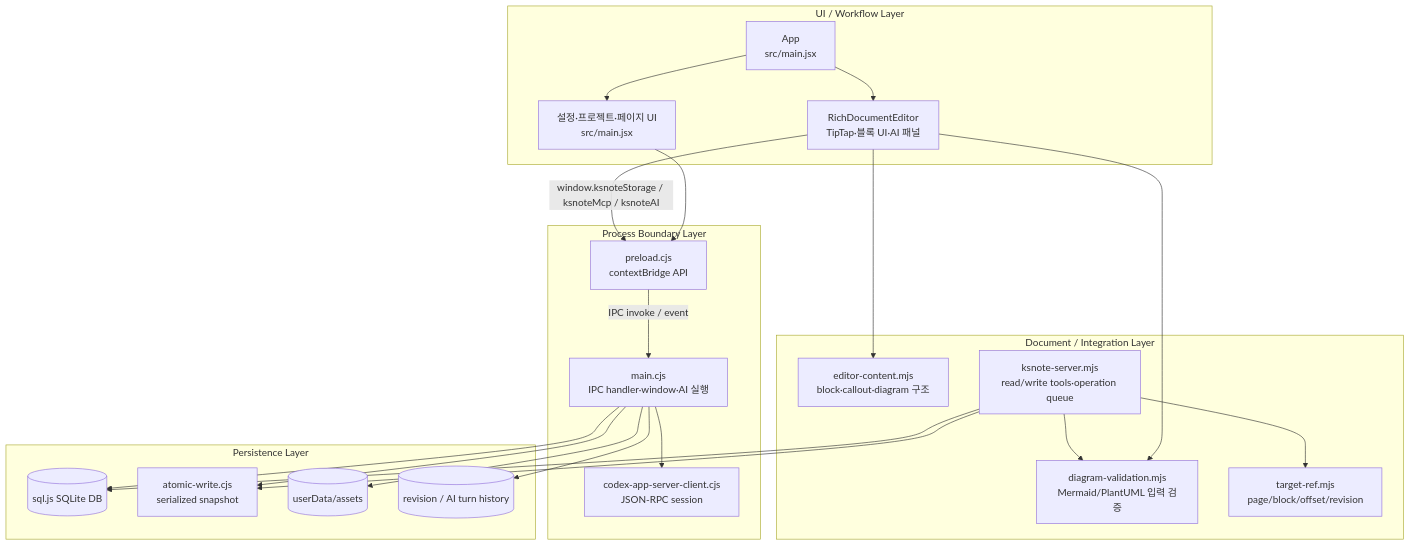
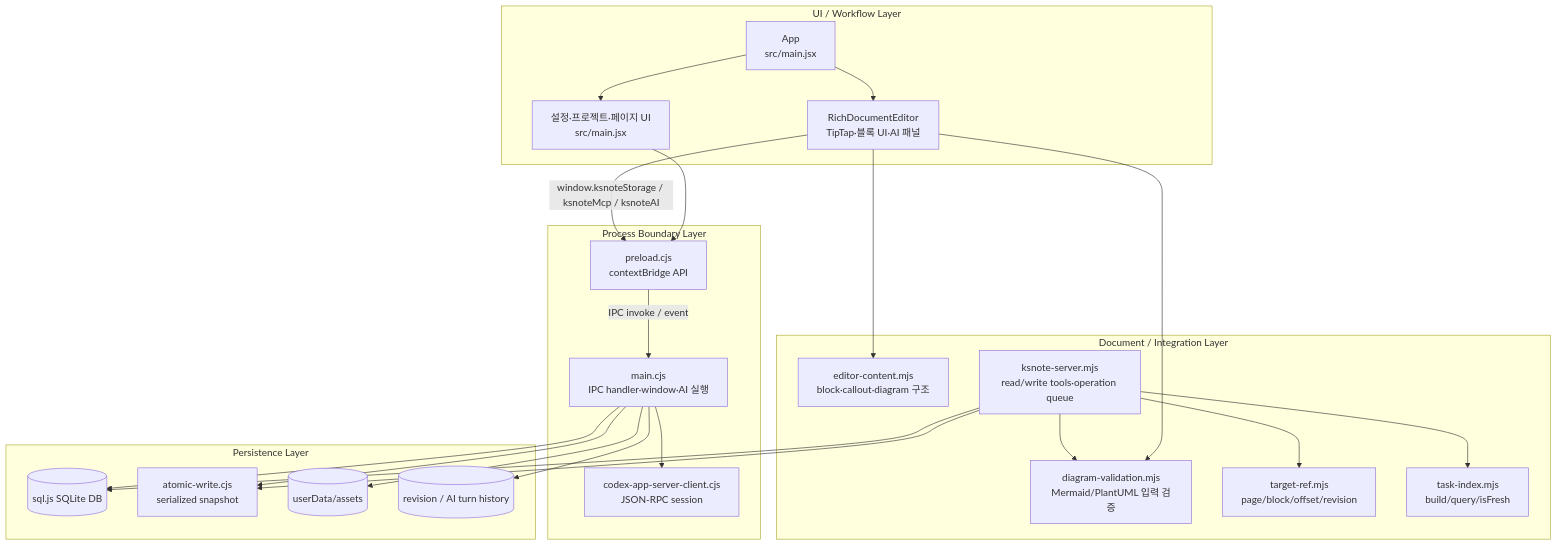
One commit to kyungsikjeung/note changed the second of 5 diagrams in docs/architecture-overview.md. Above: the diagram before and after it, drawn with Mermaid. The commit also changed other lines of this file and 48 other files, not shown here.

````diff
--- a/docs/architecture-overview.md
+++ b/docs/architecture-overview.md
@@ -49,41 +49,43 @@
 ```mermaid
 flowchart TB
     subgraph UI["UI / Workflow Layer"]
         App["App<br/>src/main.jsx"]
         Editor["RichDocumentEditor<br/>TipTap·블록 UI·AI 패널"]
         Settings["설정·프로젝트·페이지 UI<br/>src/main.jsx"]
     end
     subgraph BRIDGE["Process Boundary Layer"]
         Preload["preload.cjs<br/>contextBridge API"]
         Main["main.cjs<br/>IPC handler·window·AI 실행"]
         CodexClient["codex-app-server-client.cjs<br/>JSON-RPC session"]
     end
     subgraph DOMAIN["Document / Integration Layer"]
         Content["editor-content.mjs<br/>block·callout·diagram 구조"]
         Validation["diagram-validation.mjs<br/>Mermaid/PlantUML 입력 검증"]
         Target["target-ref.mjs<br/>page/block/offset/revision"]
+        TaskIndex["task-index.mjs<br/>build/query/isFresh"]
         McpServer["ksnote-server.mjs<br/>read/write tools·operation queue"]
     end
     subgraph STORAGE["Persistence Layer"]
         SQLite[("sql.js SQLite DB")]
         Atomic["atomic-write.cjs<br/>serialized snapshot"]
         Assets[("userData/assets")]
         History[("revision / AI turn history")]
     end
     App --> Editor
     App --> Settings
     Editor -->|"window.ksnoteStorage / ksnoteMcp / ksnoteAI"| Preload
     Settings --> Preload
     Preload -->|"IPC invoke / event"| Main
     Main --> CodexClient
     Main --> Atomic
     Main --> SQLite
     Main --> Assets
     Main --> History
     McpServer --> Target
     McpServer --> Validation
+    McpServer --> TaskIndex
     McpServer --> SQLite
     McpServer --> Atomic
     Editor --> Content
     Editor --> Validation
 ```
````
